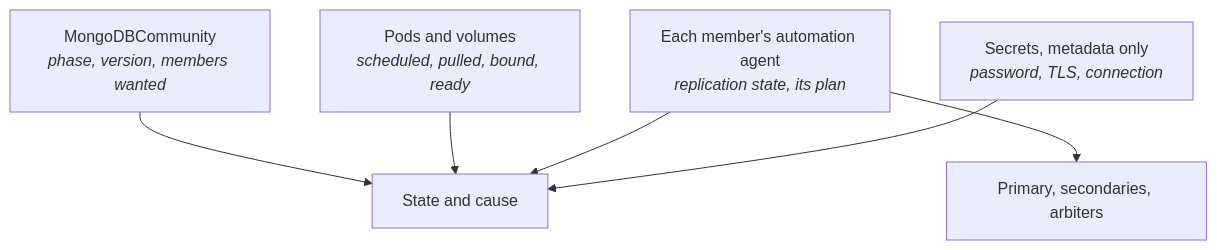
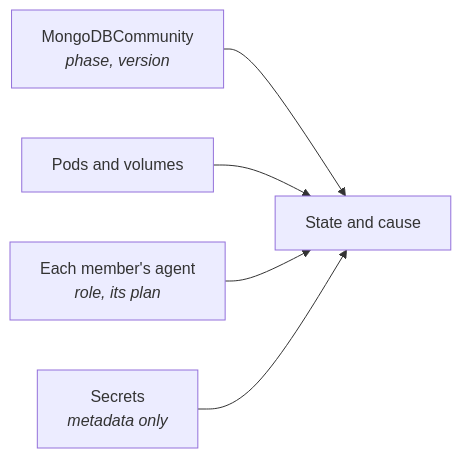
The second of 2 diagrams in docs/mongodb.md (DiegoBulhoes/freelens-addons), drawn with Mermaid before and after one commit. The commit also changed other lines of this file and 9 other files, not shown here.

````diff
--- a/docs/mongodb.md
+++ b/docs/mongodb.md
@@ -40,12 +34,7 @@
 ```mermaid
-flowchart TD
-  RS["MongoDBCommunity<br/><i>phase, version, members wanted</i>"]
-  P["Pods and volumes<br/><i>scheduled, pulled, bound, ready</i>"]
-  A["Each member's automation agent<br/><i>replication state, its plan</i>"]
-  S["Secrets, metadata only<br/><i>password, TLS, connection</i>"]
-  RS --> V["State and cause"]
-  P --> V
-  A --> V
-  S --> V
-  A --> M["Primary, secondaries, arbiters"]
+flowchart LR
+  RS["MongoDBCommunity<br/><i>phase, version</i>"] --> V["State and cause"]
+  P["Pods and volumes"] --> V
+  A["Each member's agent<br/><i>role, its plan</i>"] --> V
+  S["Secrets<br/><i>metadata only</i>"] --> V
 ```
````
